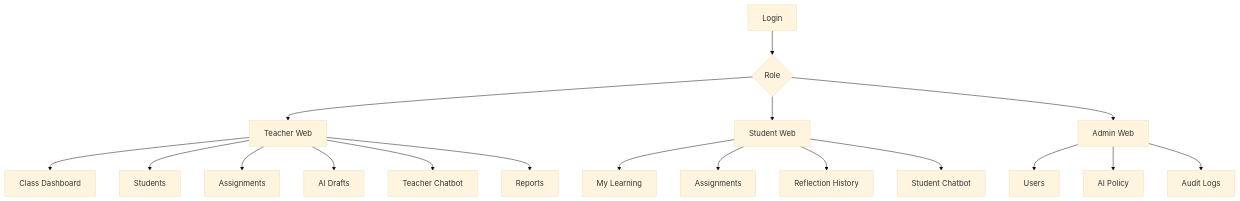
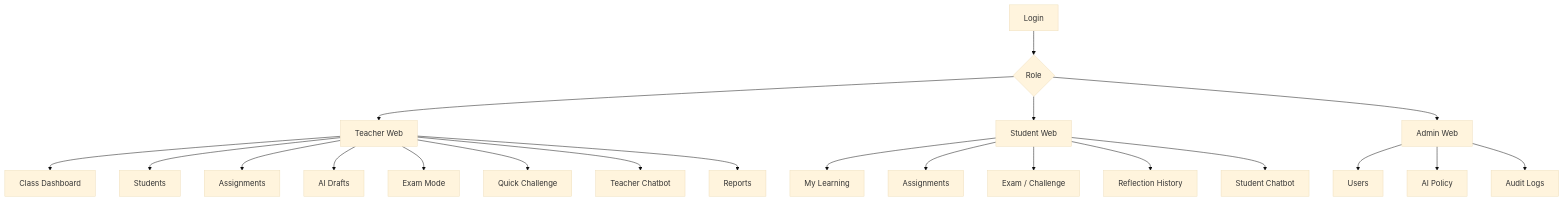
The diagram in ui_ux_spec.md (nguyenthanhduc0901/gen_data_finetune), drawn with Mermaid (base theme) before and after one commit. The commit also changed other lines of this file and 14 other files, not shown here.

````diff
--- a/ui_ux_spec.md
+++ b/ui_ux_spec.md
@@ -22,23 +22,26 @@
 ```mermaid
 flowchart TD
     Login["Login"] --> Role{"Role"}
     Role --> Teacher["Teacher Web"]
     Role --> Student["Student Web"]
     Role --> Admin["Admin Web"]
 
     Teacher --> TDashboard["Class Dashboard"]
     Teacher --> TStudents["Students"]
     Teacher --> TAssignments["Assignments"]
     Teacher --> TDrafts["AI Drafts"]
+    Teacher --> TExam["Exam Mode"]
+    Teacher --> TChallenge["Quick Challenge"]
     Teacher --> TChat["Teacher Chatbot"]
     Teacher --> TReports["Reports"]
 
     Student --> SDashboard["My Learning"]
     Student --> SAssignments["Assignments"]
+    Student --> SExam["Exam / Challenge"]
     Student --> SReflection["Reflection History"]
     Student --> SChat["Student Chatbot"]
 
     Admin --> AUsers["Users"]
     Admin --> APolicy["AI Policy"]
     Admin --> AAudit["Audit Logs"]
 ```
````
